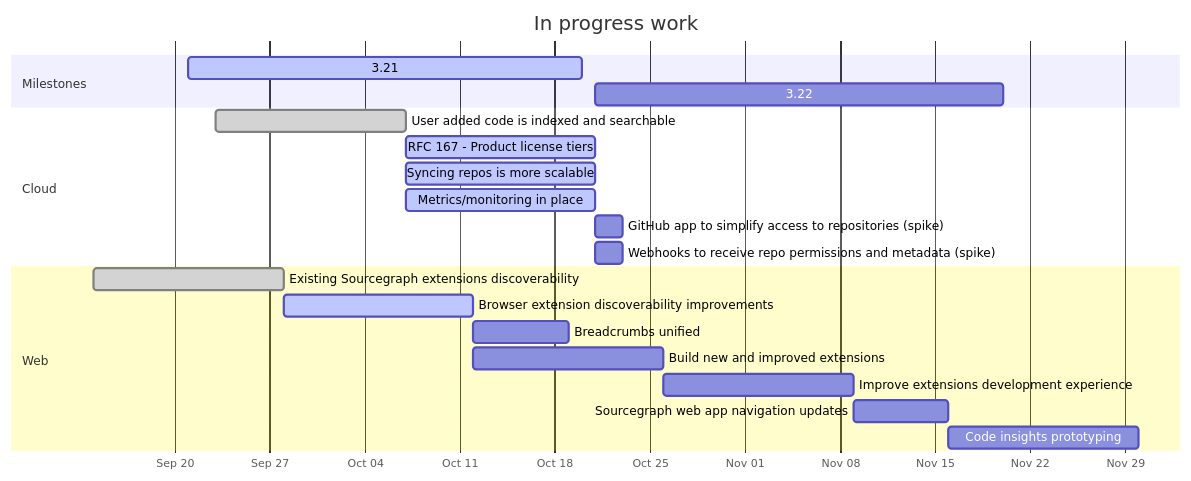
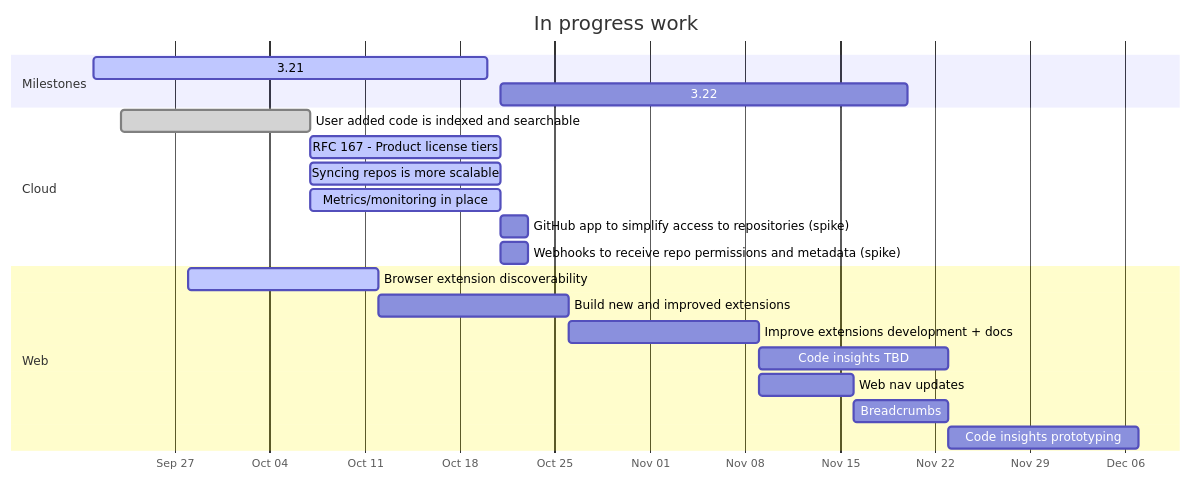
One commit to sourcegraph/about changed the diagram in handbook/product/roadmap.md. Above: the diagram before and after it, drawn with Mermaid. The commit also changed other lines of this file, not shown here.

```diff
--- a/handbook/product/roadmap.md
+++ b/handbook/product/roadmap.md
@@ -7,37 +7,37 @@
 <pre class="mermaid" data-rendered-width="150%" data-scroll-right="50%">
 gantt
     title In progress work
     dateFormat YYYY-MM-DD
     axisFormat %b %d
 
 section Milestones
     3.21 :active, release-3.21, 2020-09-21, 2020-10-20
     3.22 :        release-3.22, 2020-10-21, 2020-11-20
 
 %% section Campaigns
 %%     TO DO :active, after release-3.21, 30d
 
 section Cloud
     User added code is indexed and searchable                 :done,   2020-09-23, 2020-10-07
     RFC 167 - Product license tiers                           :active, 2020-10-07, 14d
     Syncing repos is more scalable                            :active, 2020-10-07, 14d
     Metrics/monitoring in place                               :active, 2020-10-07, 14d
     GitHub app to simplify access to repositories (spike)     :        2020-10-21, 2d
     Webhooks to receive repo permissions and metadata (spike) :        2020-10-21, 2d
 
 %% section Code intel
 %%     TO DO :active, after release-3.21, 30d
 
 section Web
-    Existing Sourcegraph extensions discoverability           :done,    2020-09-14, 2020-09-28
-    Browser extension discoverability improvements            :active, 2020-09-28, 14d
-    Breadcrumbs unified                                       :         2020-10-12, 7d
+    Browser extension discoverability                         :active, 2020-09-28, 14d
     Build new and improved extensions                         :         2020-10-12, 14d
-    Improve extensions development experience                 :         2020-10-26, 14d
-    Sourcegraph web app navigation updates                    :         2020-11-09, 7d
-    Code insights prototyping                                 :         2020-11-16, 14d
+    Improve extensions development + docs                   :         2020-10-26, 14d
+    Code insights TBD                                         :         2020-11-09, 14d
+    Web nav updates                                           :         2020-11-09, 7d
+    Breadcrumbs                                               :         2020-11-16, 7d
+    Code insights prototyping                                 :         2020-11-23, 14d
 %%     TO DO :active, after release-3.21, 30d
 
 %% section Search
 %%     TO DO :active, after release-3.21, 30d
 </pre>
```
